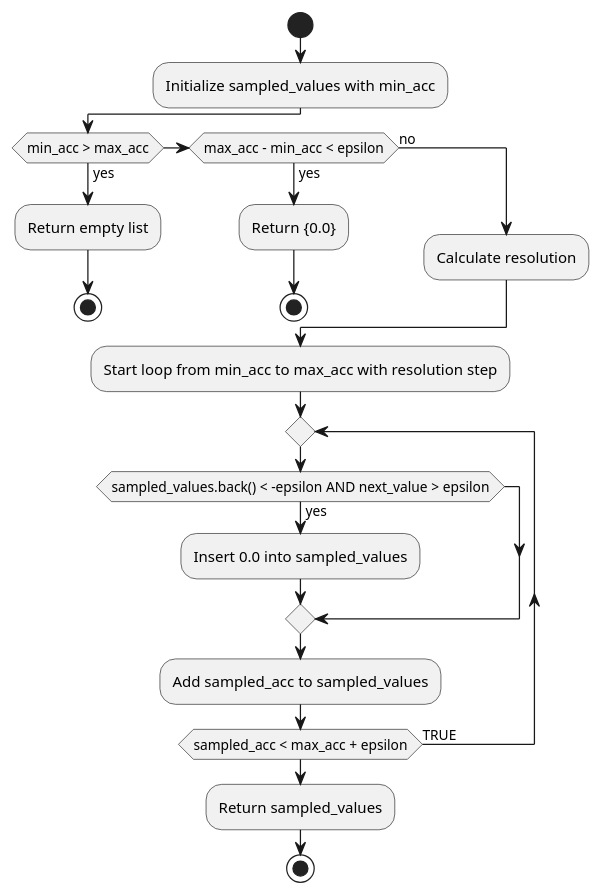
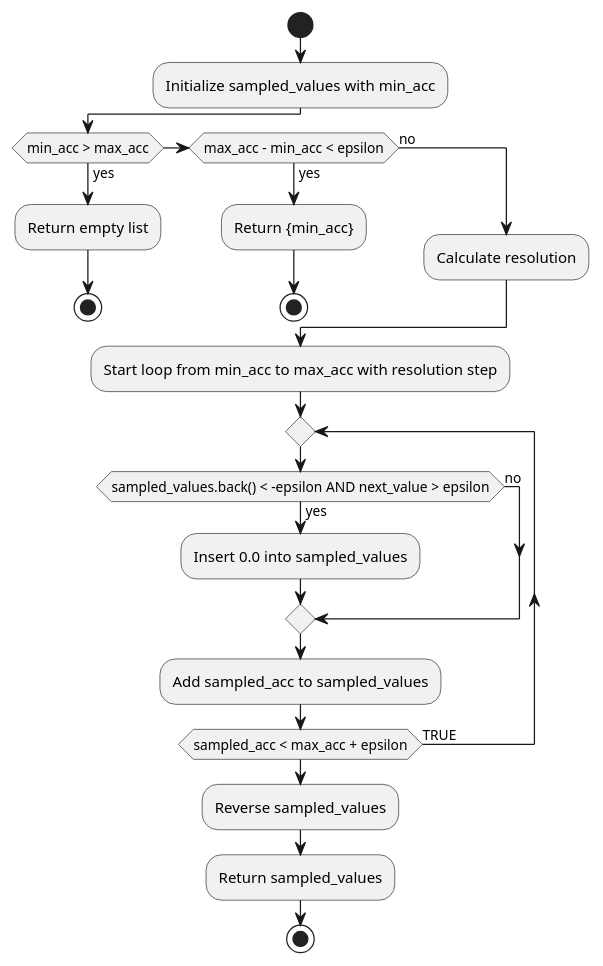
The sixth of 13 diagrams in planning/behavior_path_planner/autoware_behavior_path_lane_change_module/README.md (knzo25/autoware.universe), drawn with PlantUML before and after one commit. The commit also changed other lines of this file and 1981 other files, not shown here.

````diff
--- a/planning/behavior_path_planner/autoware_behavior_path_lane_change_module/README.md
+++ b/planning/behavior_path_planner/autoware_behavior_path_lane_change_module/README.md
@@ -227,27 +404,29 @@
 ```plantuml
 @startuml
 start
 :Initialize sampled_values with min_acc;
 
 if (min_acc > max_acc) then (yes)
   :Return empty list;
   stop
 elseif (max_acc - min_acc < epsilon) then (yes)
-  :Return {0.0};
+  :Return {min_acc};
   stop
 else (no)
   :Calculate resolution;
 endif
 
 :Start loop from min_acc to max_acc with resolution step;
 repeat
   if (sampled_values.back() < -epsilon AND next_value > epsilon) then (yes)
     :Insert 0.0 into sampled_values;
+  else (no)
   endif
   :Add sampled_acc to sampled_values;
   repeat while (sampled_acc < max_acc + epsilon) is (TRUE)
 
+:Reverse sampled_values;
 :Return sampled_values;
 stop
 @enduml
 ```
````
